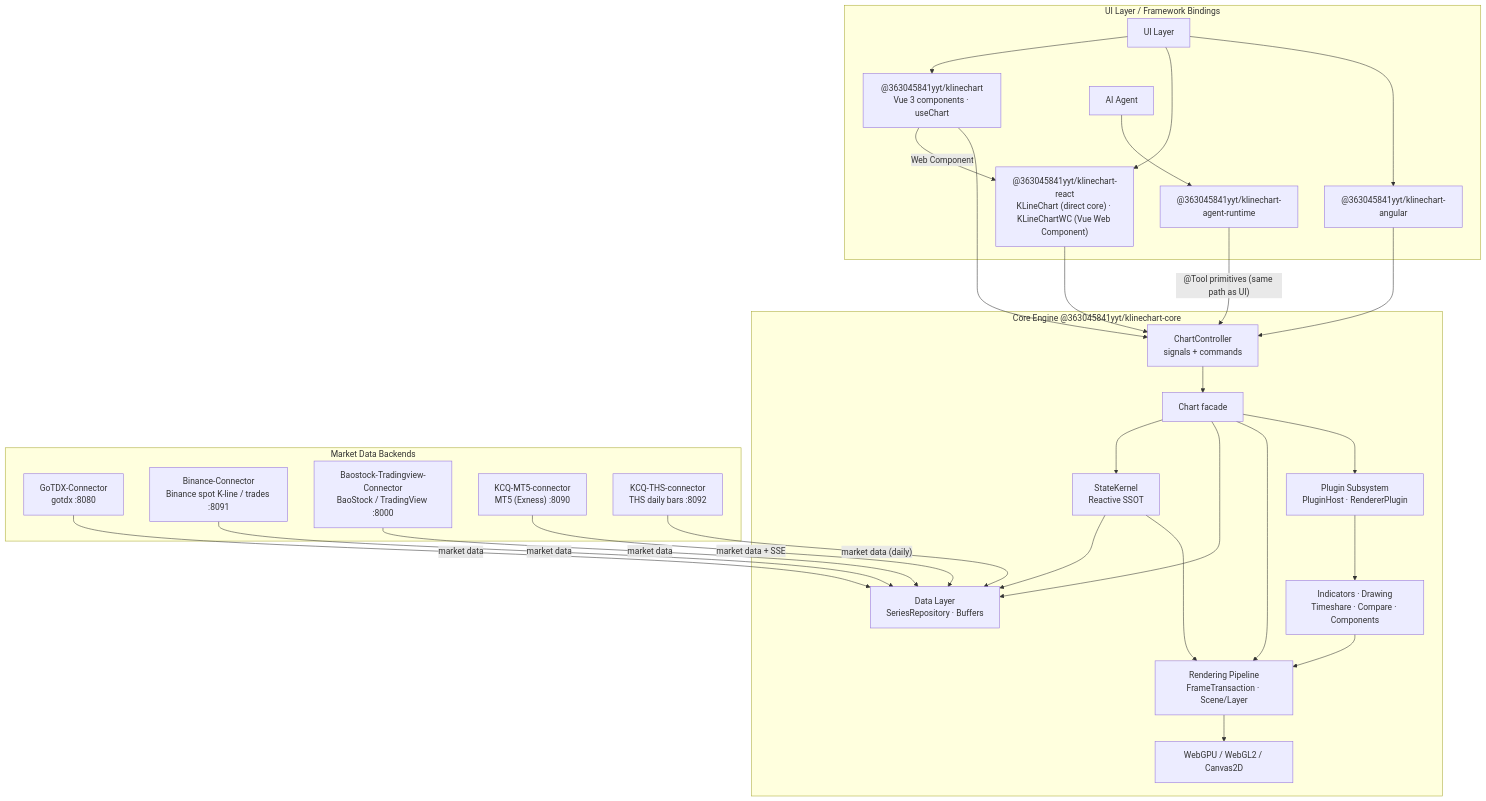
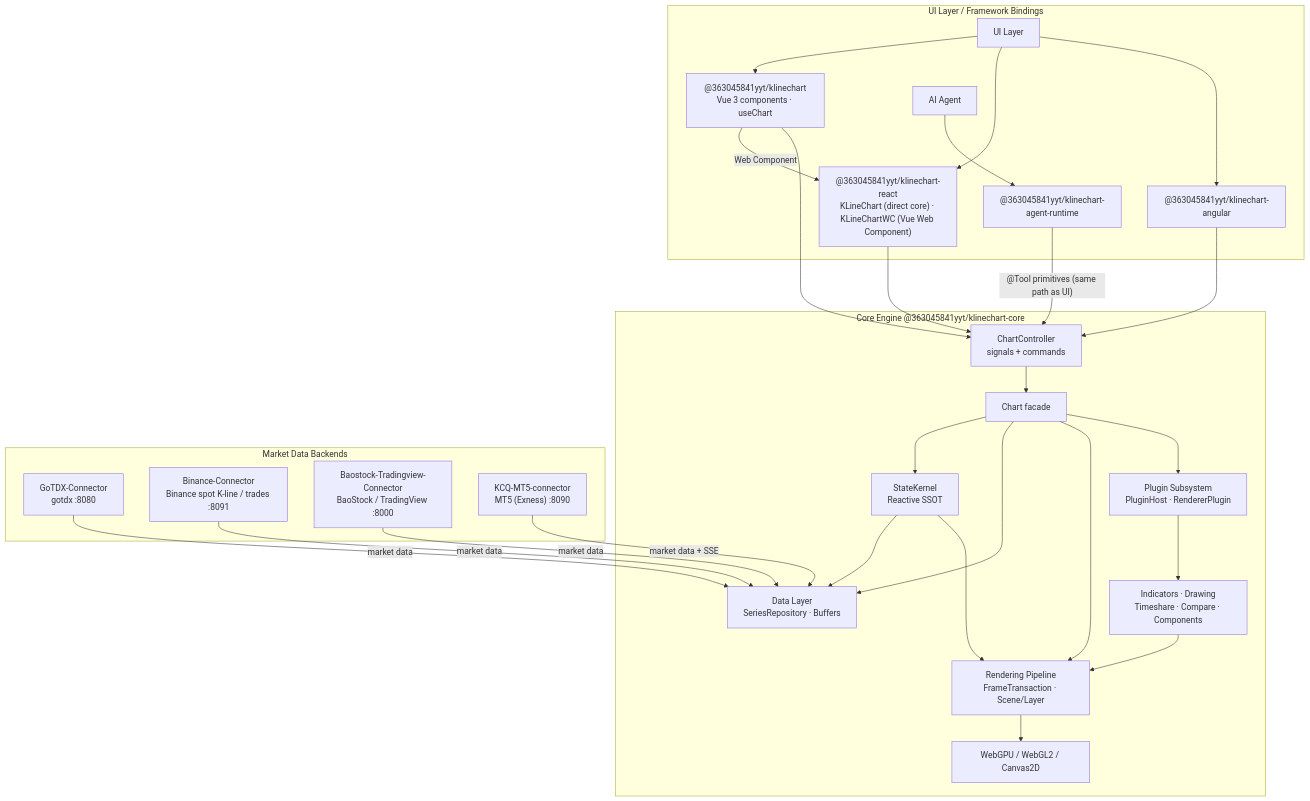
Before and after one commit to 363045841/KLineChartQuant: the diagram in README.md, drawn with Mermaid. The commit also changed other lines of this file and 7 other files, not shown here.

Commit message:
docs(readme): remove the THS data source

````diff
--- a/README.md
+++ b/README.md
@@ -75,55 +75,53 @@
 ```mermaid
 flowchart TB
     subgraph app["UI Layer / Framework Bindings"]
         UI["UI Layer"]
         VuePkg["@363045841yyt/klinechart<br/>Vue 3 components · useChart"]
         ReactPkg["@363045841yyt/klinechart-react<br/>KLineChart (direct core) · KLineChartWC (Vue Web Component)"]
         AngularPkg["@363045841yyt/klinechart-angular"]
         Agent["AI Agent"]
         AgentRt["@363045841yyt/klinechart-agent-runtime"]
     end
 
     subgraph core["Core Engine @363045841yyt/klinechart-core"]
         Ctl["ChartController<br/>signals + commands"]
         Chart["Chart facade"]
         Kernel["StateKernel<br/>Reactive SSOT"]
         Data["Data Layer<br/>SeriesRepository · Buffers"]
         Pipe["Rendering Pipeline<br/>FrameTransaction · Scene/Layer"]
         GPU["WebGPU / WebGL2 / Canvas2D"]
         Plugin["Plugin Subsystem<br/>PluginHost · RendererPlugin"]
         Biz["Indicators · Drawing<br/>Timeshare · Compare · Components"]
     end
 
     subgraph conn["Market Data Backends"]
         Go["GoTDX-Connector<br/>gotdx :8080"]
         Bn["Binance-Connector<br/>Binance spot K-line / trades :8091"]
         Bs["Baostock-Tradingview-Connector<br/>BaoStock / TradingView :8000"]
         Mt["KCQ-MT5-connector<br/>MT5 (Exness) :8090"]
-        Th["KCQ-THS-connector<br/>THS daily bars :8092"]
     end
 
     UI --> VuePkg
     UI --> ReactPkg
     UI --> AngularPkg
     VuePkg -->|"Web Component"| ReactPkg
     Agent --> AgentRt
     VuePkg --> Ctl
     ReactPkg --> Ctl
     AngularPkg --> Ctl
     AgentRt -->|"@Tool primitives (same path as UI)"| Ctl
     Ctl --> Chart
     Chart --> Kernel
     Chart --> Data
     Chart --> Pipe
     Chart --> Plugin
     Plugin --> Biz
     Biz --> Pipe
     Pipe --> GPU
     Go -->|market data| Data
     Bn -->|market data| Data
     Bs -->|market data| Data
     Mt -->|"market data + SSE"| Data
-    Th -->|"market data (daily)"| Data
     Kernel --> Data
     Kernel --> Pipe
 ```
````
